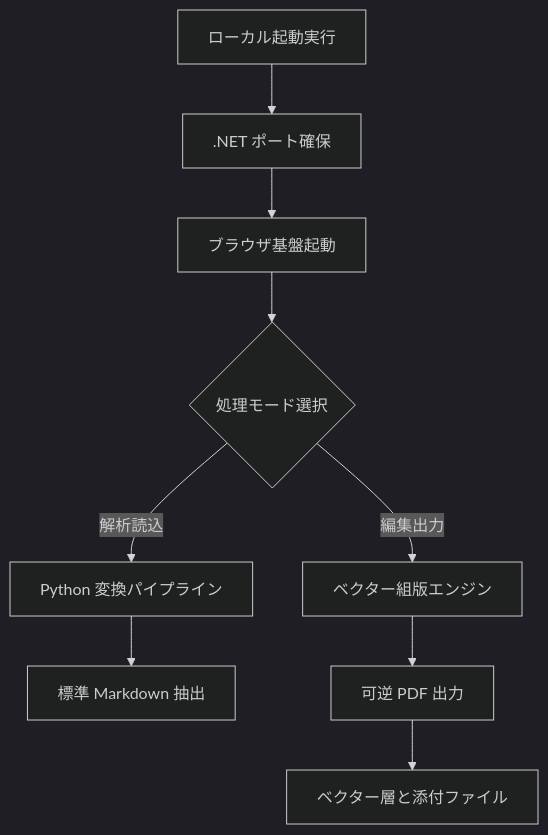
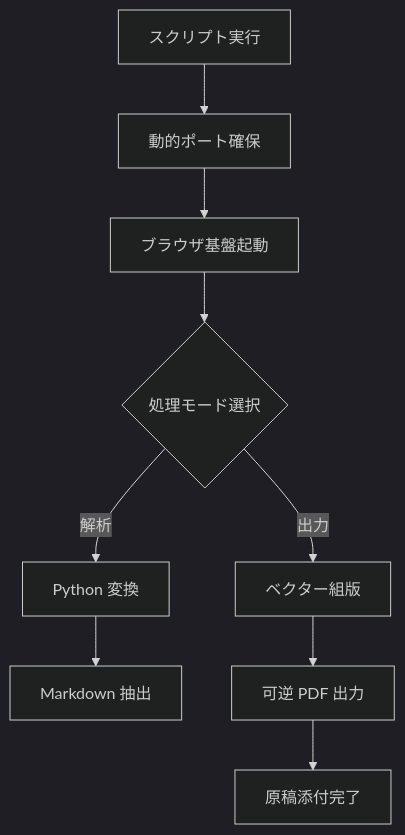
One commit to ystartgo/MD_exchange changed the third of 3 diagrams in README.md. Above: the diagram before and after it, drawn with Mermaid (dark theme). The commit also changed other lines of this file, not shown here.

````diff
--- a/README.md
+++ b/README.md
@@ -160,11 +226,11 @@
 ```mermaid
 flowchart TD
-    A[ローカル起動実行] --> B[.NET ポート確保]
-    B --> C[ブラウザ基盤起動]
-    C --> D{処理モード選択}
-    D -->|解析読込| E[Python 変換パイプライン]
-    D -->|編集出力| F[ベクター組版エンジン]
-    E --> G[標準 Markdown 抽出]
-    F --> H[可逆 PDF 出力]
-    H --> I[ベクター層と添付ファイル]
+    A["　スクリプト実行　"] --> B["　動的ポート確保　"]
+    B --> C["　ブラウザ基盤起動　"]
+    C --> D{"　処理モード選択　"}
+    D -->|解析| E["　Python 変換　"]
+    D -->|出力| F["　ベクター組版　"]
+    E --> G["　Markdown 抽出　"]
+    F --> H["　可逆 PDF 出力　"]
+    H --> I["　原稿添付完了　"]
 ```
````
